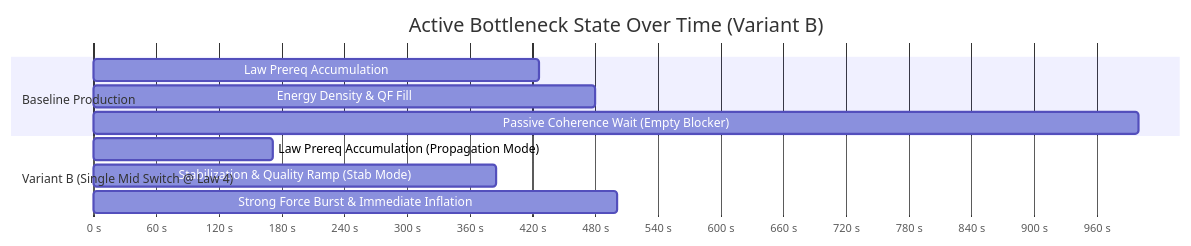
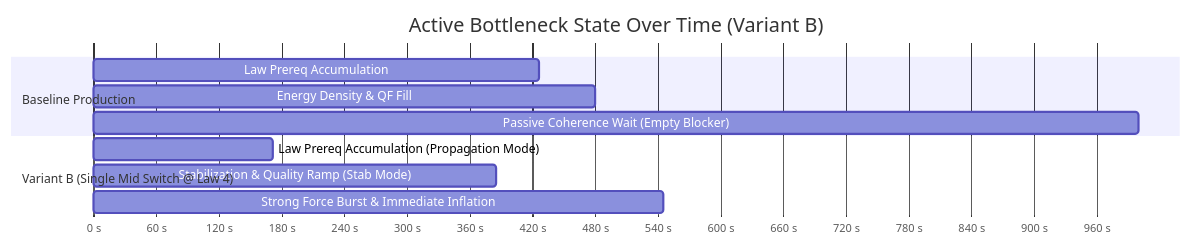
The second of 2 diagrams in docs/11_PRE_P5_3_ERA1_MACHINE_PROTOTYPE.md (Entropy030/star-forge-idle), drawn with Mermaid before and after one commit. The commit also changed other lines of this file, not shown here.

````diff
--- a/docs/11_PRE_P5_3_ERA1_MACHINE_PROTOTYPE.md
+++ b/docs/11_PRE_P5_3_ERA1_MACHINE_PROTOTYPE.md
@@ -211,16 +189,16 @@
 ```mermaid
 gantt
   title Active Bottleneck State Over Time (Variant B)
   dateFormat X
   axisFormat %s s
 
   section Baseline Production
   Law Prereq Accumulation :0, 426
   Energy Density & QF Fill :426, 480
   Passive Coherence Wait (Empty Blocker) :480, 1000
 
   section Variant B (Single Mid Switch @ Law 4)
   Law Prereq Accumulation (Propagation Mode) :0, 172
   Stabilization & Quality Ramp (Stab Mode) :172, 385
-  Strong Force Burst & Immediate Inflation :385, 501
+  Strong Force Burst & Immediate Inflation :385, 545
 ```
````
